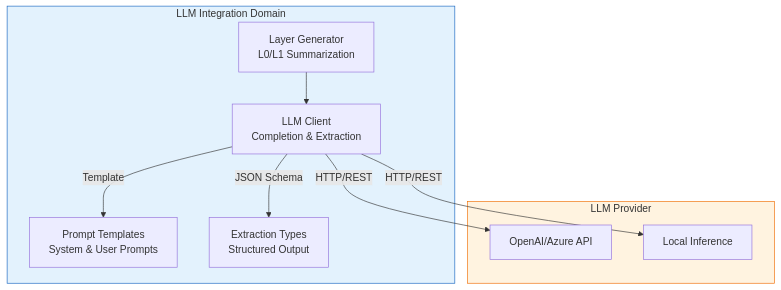
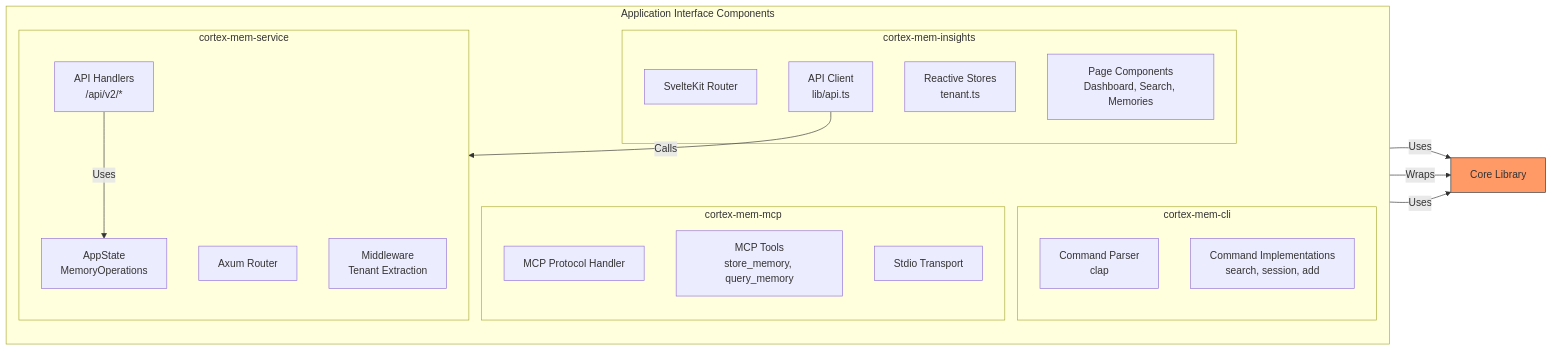
The eighth of 14 diagrams in litho.docs/en/2.Architecture.md (sopaco/cortex-mem), drawn with Mermaid before and after one commit. The commit also changed other lines of this file and 45 other files, not shown here.

````diff
--- a/litho.docs/en/2.Architecture.md
+++ b/litho.docs/en/2.Architecture.md
@@ -461,23 +445,40 @@
 ```mermaid
-flowchart TB
-    subgraph LLMDomain["LLM Integration Domain"]
-        Client[LLM Client<br/>Completion & Extraction]
-        Prompts[Prompt Templates<br/>System & User Prompts]
-        Layers[Layer Generator<br/>L0/L1 Summarization]
-        Types[Extraction Types<br/>Structured Output]
+graph LR
+    subgraph Interfaces["Application Interface Components"]
+        direction TB
+        
+        subgraph CLI["cortex-mem-cli"]
+            CMD[Command Parser<br/>clap]
+            CMD_IMPL[Command Implementations<br/>search, session, add]
+        end
+        
+        subgraph HTTP["cortex-mem-service"]
+            AXUM[Axum Router]
+            STATE[AppState<br/>MemoryOperations]
+            HANDLERS[API Handlers<br/>/api/v2/*]
+            MIDDLE[Middleware<br/>Tenant Extraction]
+        end
+        
+        subgraph MCP["cortex-mem-mcp"]
+            PROTO[MCP Protocol Handler]
+            TOOLS[MCP Tools<br/>store_memory, query_memory]
+            STDIO[Stdio Transport]
+        end
+        
+        subgraph UI["cortex-mem-insights"]
+            SVELTE[SvelteKit Router]
+            STORES[Reactive Stores<br/>tenant.ts]
+            API_CLIENT[API Client<br/>lib/api.ts]
+            PAGES[Page Components<br/>Dashboard, Search, Memories]
+        end
     end
     
-    subgraph Provider["LLM Provider"]
-        OpenAI[OpenAI/Azure API]
-        Local[Local Inference]
-    end
+    %% Dependencies
+    CMD_IMPL -->|Uses| CORE[Core Library]
+    HANDLERS -->|Uses| STATE
+    STATE -->|Wraps| CORE
+    TOOLS -->|Uses| CORE
+    API_CLIENT -->|Calls| HTTP
     
-    Client -->|JSON Schema| Types
-    Client -->|Template| Prompts
-    Layers --> Client
-    Client -->|HTTP/REST| OpenAI
-    Client -->|HTTP/REST| Local
-    
-    style LLMDomain fill:#e3f2fd,stroke:#1565c0
-    style Provider fill:#fff3e0,stroke:#ef6c00
+    style CORE fill:#f96,stroke:#333
 ```
````
